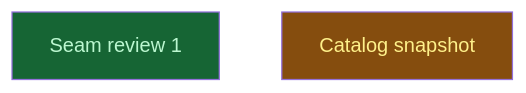
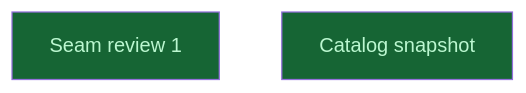
The diagram in __roadmap__/integrity/causes/checkpoint/README.md (CrackingShells/Candler), drawn with Mermaid before and after one commit. The commit also changed other lines of this file and 9 other files, not shown here.

````diff
--- a/__roadmap__/integrity/causes/checkpoint/README.md
+++ b/__roadmap__/integrity/causes/checkpoint/README.md
@@ -17,10 +17,10 @@
 ```mermaid
 graph TD
     seam_review_one[Seam review 1]:::done
-    snapshot[Catalog snapshot]:::inprogress
+    snapshot[Catalog snapshot]:::done
     classDef done       fill:#166534,color:#bbf7d0
     classDef inprogress fill:#854d0e,color:#fef08a
     classDef planned    fill:#374151,color:#e5e7eb
     classDef amendment  fill:#1e3a5f,color:#bfdbfe
     classDef blocked    fill:#7f1d1d,color:#fecaca
 ```
````
